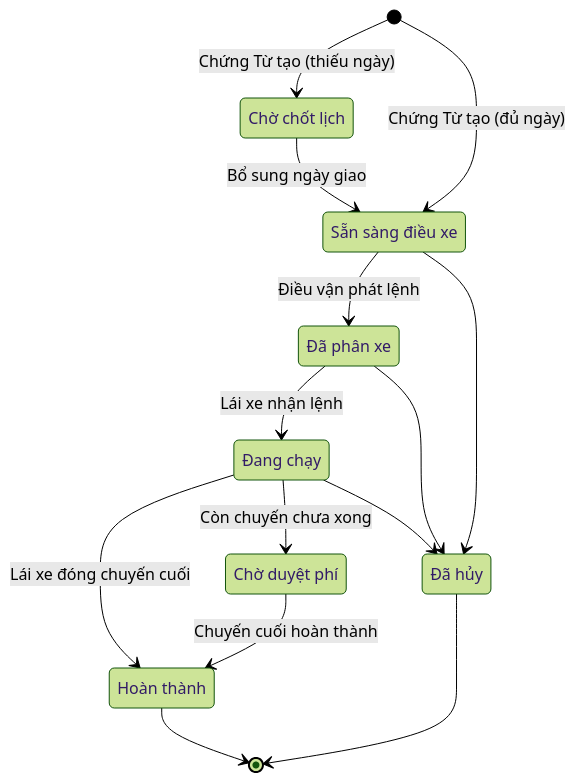
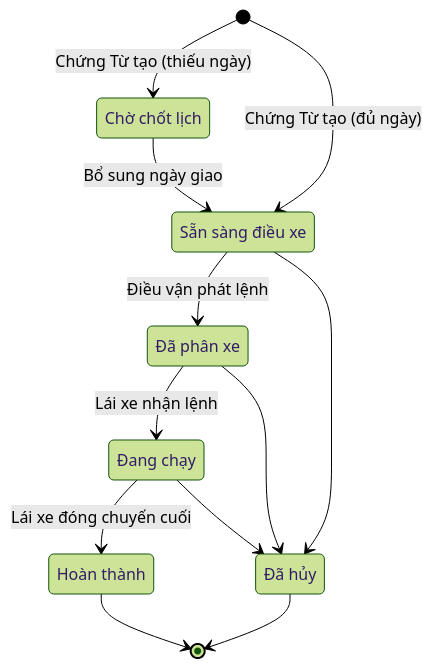
Before and after one commit to 4rankng/silversea: the second of 5 diagrams in docs/prd/QuyTrinhO2C.md, drawn with Mermaid (forest theme). The commit also changed other lines of this file and 8 other files, not shown here.

First line of the commit message:
docs: sync PRD + testplan with lean-down reality (retired states, dead flows)

````diff
--- a/docs/prd/QuyTrinhO2C.md
+++ b/docs/prd/QuyTrinhO2C.md
@@ -49,24 +49,21 @@
 ```mermaid
 stateDiagram-v2
     state "Chờ chốt lịch" as choLich
     state "Sẵn sàng điều xe" as sanSang
     state "Đã phân xe" as phanXe
     state "Đang chạy" as dangChay
-    state "Chờ duyệt phí" as choPhi
     state "Hoàn thành" as xong
     state "Đã hủy" as huy
 
     [*] --> choLich : Chứng Từ tạo (thiếu ngày)
     [*] --> sanSang : Chứng Từ tạo (đủ ngày)
     choLich --> sanSang : Bổ sung ngày giao
     sanSang --> phanXe : Điều vận phát lệnh
     phanXe --> dangChay : Lái xe nhận lệnh
     dangChay --> xong : Lái xe đóng chuyến cuối
-    dangChay --> choPhi : Còn chuyến chưa xong
-    choPhi --> xong : Chuyến cuối hoàn thành
     sanSang --> huy
     phanXe --> huy
     dangChay --> huy
     xong --> [*]
     huy --> [*]
 ```
````
